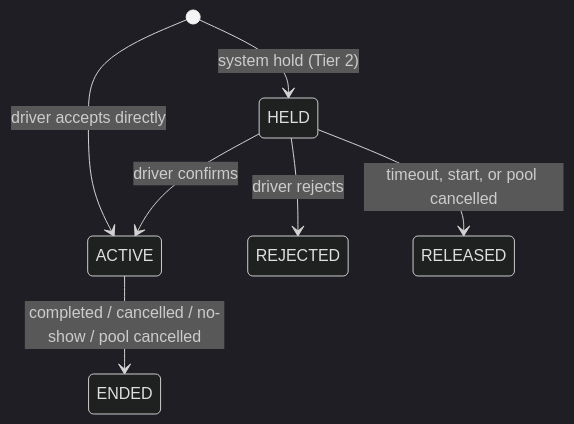
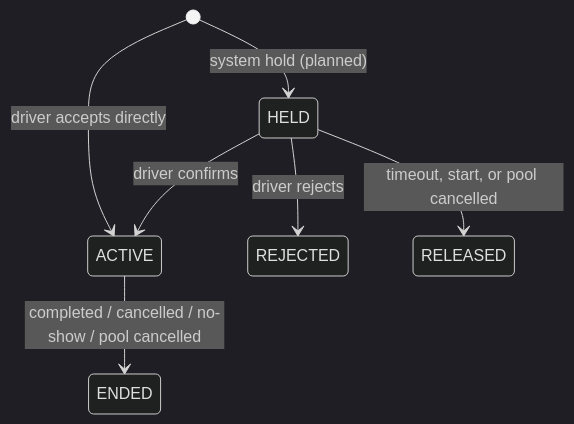
One commit to istiak133/Tesla changed the third of 3 diagrams in docs/state-machine.md. Above: the diagram before and after it, drawn with Mermaid (dark theme). The commit also changed other lines of this file, not shown here.

````diff
--- a/docs/state-machine.md
+++ b/docs/state-machine.md
@@ -60,9 +60,9 @@
 ```mermaid
 stateDiagram-v2
-    [*] --> HELD: system hold (Tier 2)
+    [*] --> HELD: system hold (planned)
     [*] --> ACTIVE: driver accepts directly
     HELD --> ACTIVE: driver confirms
     HELD --> REJECTED: driver rejects
     HELD --> RELEASED: timeout, start, or pool cancelled
     ACTIVE --> ENDED: completed / cancelled / no-show / pool cancelled
 ```
````
